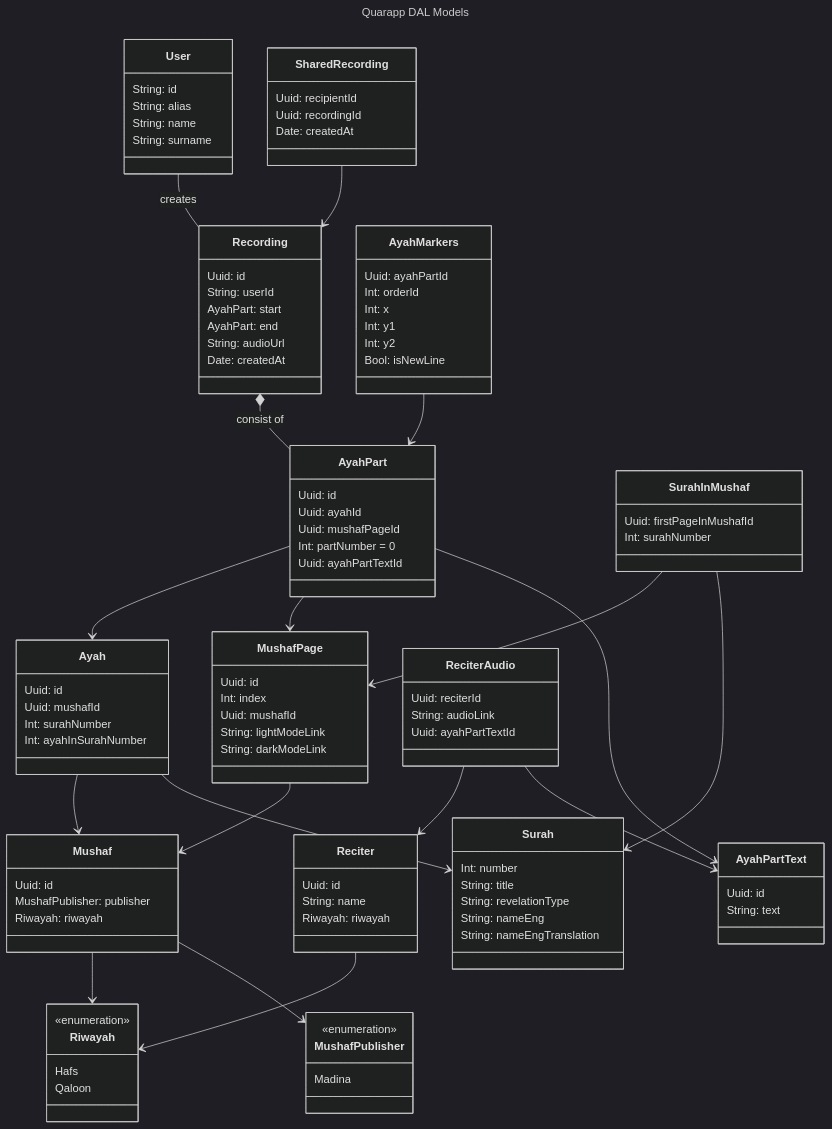
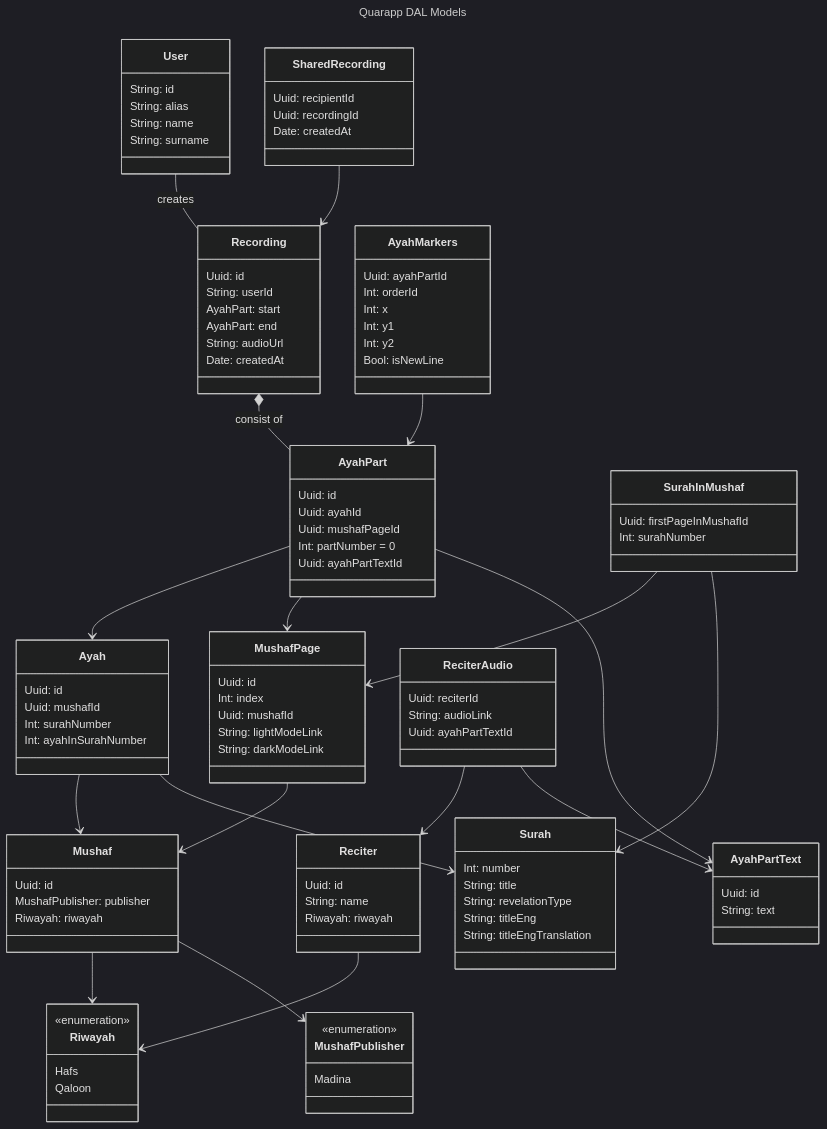
Before and after one commit to CrowdsourcingApps/QuaranApp_Backend: the diagram in models_mvp_v2.mmd, drawn with Mermaid (dark theme).

Commit message:
Fixed naming

```diff
--- a/models_mvp_v2.mmd
+++ b/models_mvp_v2.mmd
@@ -1,107 +1,107 @@
 ---
 title: Quarapp DAL Models
 ---
 classDiagram
 class Riwayah {
     <<enumeration>>
     Hafs
     Qaloon
 }
 class MushafPublisher {
     <<enumeration>>
     Madina
 }
 class User {
     String: id
     String: alias
     String: name
     String: surname
 }
 class Mushaf {
     Uuid: id
     MushafPublisher: publisher
     Riwayah: riwayah
 }
 class Surah {
     Int: number
     String: title
     String: revelationType
-    String: nameEng
-    String: nameEngTranslation
+    String: titleEng
+    String: titleEngTranslation
 }
 class MushafPage {
     Uuid: id
     Int: index
     Uuid: mushafId
     String: lightModeLink
     String: darkModeLink
 }
 class Ayah {
     Uuid: id
     Uuid: mushafId
     Int: surahNumber
     Int: ayahInSurahNumber
 }
 class AyahPart {
     Uuid: id
     Uuid: ayahId
     Uuid: mushafPageId
     Int: partNumber = 0
     Uuid: ayahPartTextId
 }
 class SurahInMushaf {
     Uuid: firstPageInMushafId
     Int: surahNumber
 }
 class Recording {
     Uuid: id
     String: userId
     AyahPart: start
     AyahPart: end 
     String: audioUrl
     Date: createdAt
 }
 class SharedRecording {
     Uuid: recipientId
     Uuid: recordingId
     Date: createdAt
 }
 class AyahMarkers {
     Uuid: ayahPartId
     Int: orderId
     Int: x
     Int: y1
     Int: y2
     Bool: isNewLine
 }
 class Reciter {
     Uuid: id
     String: name
     Riwayah: riwayah
 }
 class ReciterAudio {
     Uuid: reciterId
     String: audioLink
     Uuid: ayahPartTextId
 }
 class AyahPartText {
     Uuid: id
     String: text
 }
 Recording *-- AyahPart: consist of
 User -- Recording: creates
 AyahPart --> Ayah
 AyahPart --> MushafPage
 AyahPart --> AyahPartText
 Ayah --> Mushaf
 Mushaf --> Riwayah
 Mushaf --> MushafPublisher
 SharedRecording --> Recording
 AyahMarkers --> AyahPart
 MushafPage --> Mushaf
 SurahInMushaf --> MushafPage
 SurahInMushaf --> Surah
 Reciter --> Riwayah
 ReciterAudio --> Reciter
 ReciterAudio --> AyahPartText
 Ayah --> Surah
```
